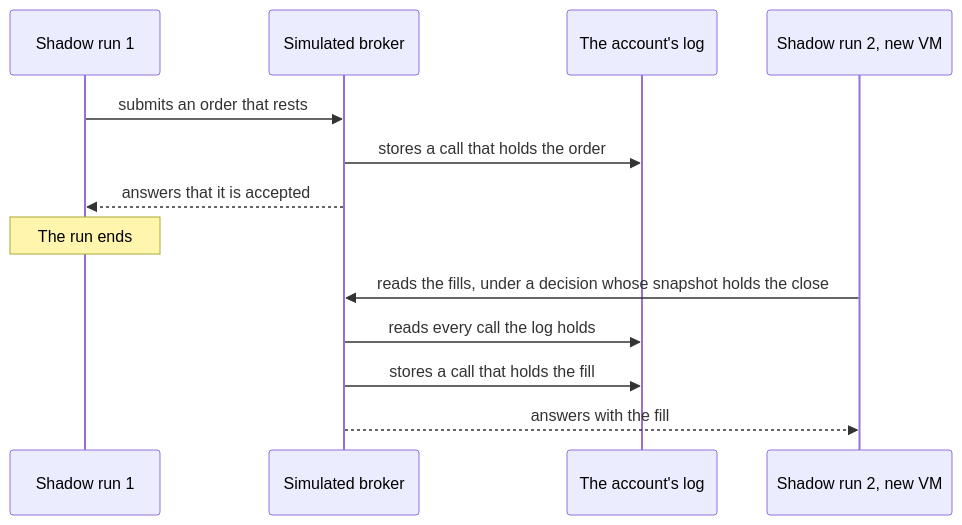
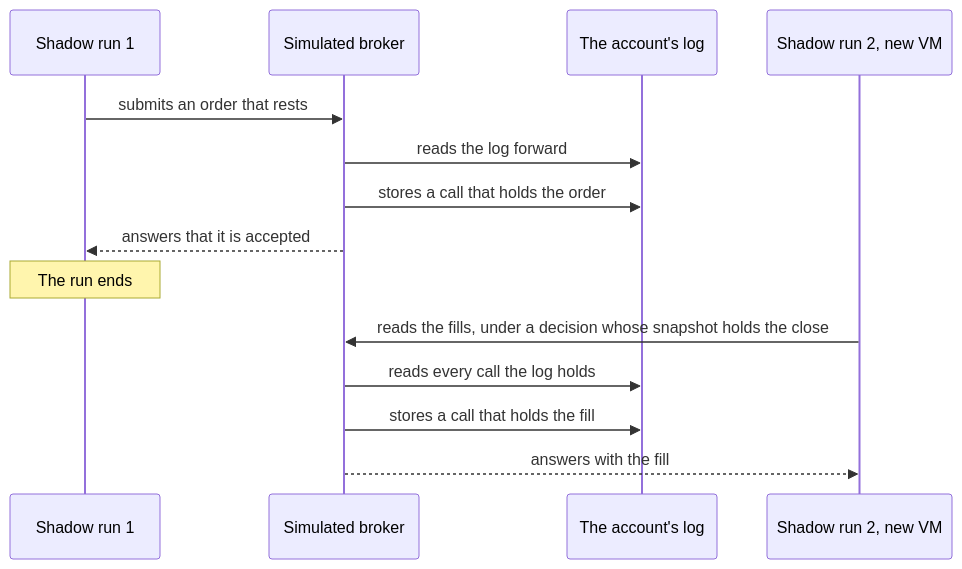
Before and after one commit to l3a0/ithildin-runtime: the third of 11 diagrams in docs/architecture/05-building-blocks.md, drawn with Mermaid. The commit also changed other lines of this file and 21 other files, not shown here.

````diff
--- a/docs/architecture/05-building-blocks.md
+++ b/docs/architecture/05-building-blocks.md
@@ -305,15 +314,16 @@
 ```mermaid
 sequenceDiagram
     participant R1 as Shadow run 1
     participant S as Simulated broker
     participant B as The account's log
     participant R2 as Shadow run 2, new VM
     R1->>S: submits an order that rests
+    S->>B: reads the log forward
     S->>B: stores a call that holds the order
     S-->>R1: answers that it is accepted
     Note over R1: The run ends
     R2->>S: reads the fills, under a decision whose snapshot holds the close
     S->>B: reads every call the log holds
     S->>B: stores a call that holds the fill
     S-->>R2: answers with the fill
 ```
````
